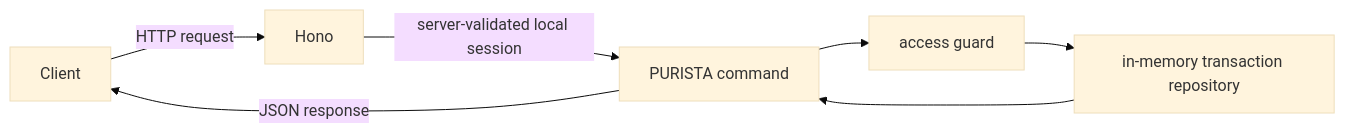
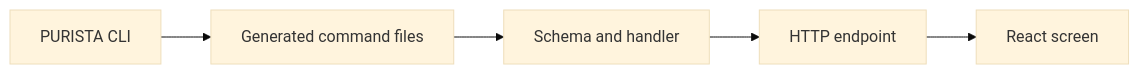
The diagram in web/src/content/tutorials/transaction-api/index.mdx (puristajs/purista), drawn with Mermaid (base theme) before and after one commit. The commit also changed other lines of this file and 30 other files, not shown here.

````diff
--- a/web/src/content/tutorials/transaction-api/index.mdx
+++ b/web/src/content/tutorials/transaction-api/index.mdx
@@ -12,9 +12,7 @@
-```mermaid title="Transaction request flow"
+```mermaid title="The transaction build"
 flowchart LR
-  Client -->|HTTP request| Hono[Hono]
-  Hono -->|server-validated local session| Command[PURISTA command]
-  Command --> Guard[access guard]
-  Guard --> Repository[in-memory transaction repository]
-  Repository --> Command
-  Command -->|JSON response| Client
+  CLI[PURISTA CLI] --> Files[Generated command files]
+  Files --> Contract[Schema and handler]
+  Contract --> Hono[HTTP endpoint]
+  Hono --> UI[React screen]
 ```
````
